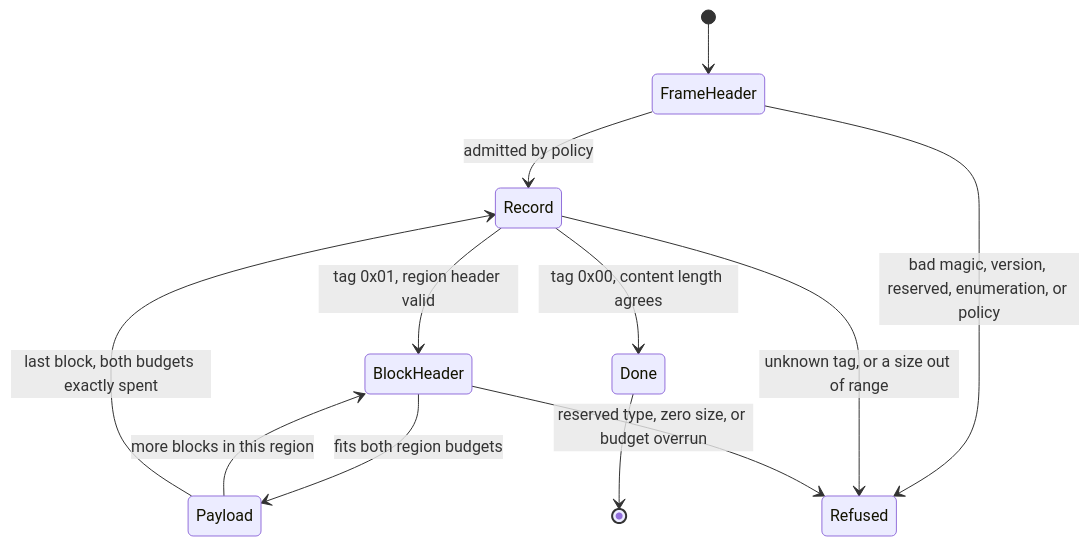
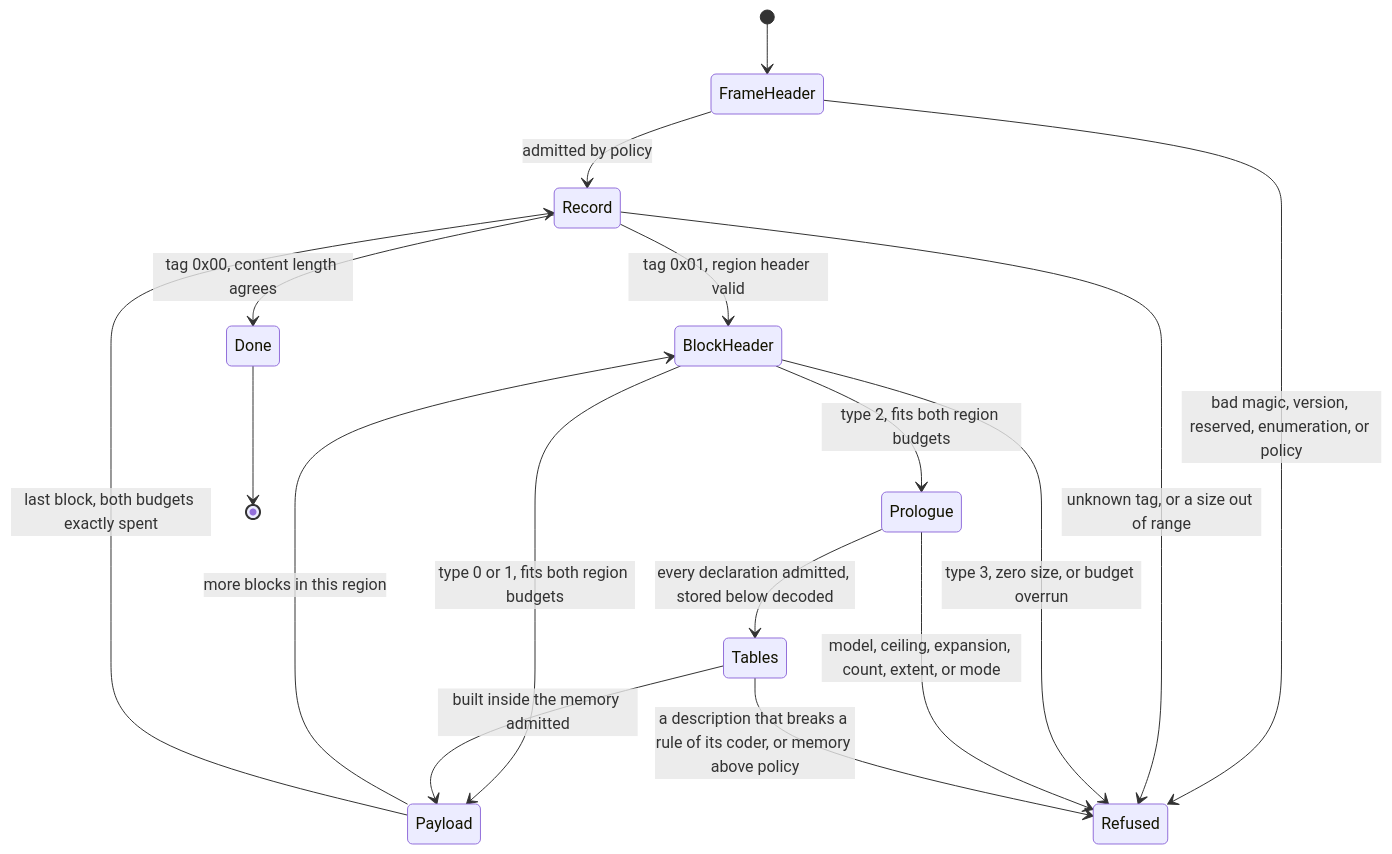
Before and after one commit to meerita/entroq: the first of 2 diagrams in docs/format.md, drawn with Mermaid. The commit also changed other lines of this file and 18 other files, not shown here.

````diff
--- a/docs/format.md
+++ b/docs/format.md
@@ -330,14 +808,19 @@
 ```mermaid
 stateDiagram-v2
     [*] --> FrameHeader
     FrameHeader --> Record: admitted by policy
     FrameHeader --> Refused: bad magic, version, reserved, enumeration, or policy
     Record --> BlockHeader: tag 0x01, region header valid
     Record --> Done: tag 0x00, content length agrees
     Record --> Refused: unknown tag, or a size out of range
-    BlockHeader --> Payload: fits both region budgets
-    BlockHeader --> Refused: reserved type, zero size, or budget overrun
+    BlockHeader --> Payload: type 0 or 1, fits both region budgets
+    BlockHeader --> Prologue: type 2, fits both region budgets
+    BlockHeader --> Refused: type 3, zero size, or budget overrun
+    Prologue --> Tables: every declaration admitted, stored below decoded
+    Prologue --> Refused: model, ceiling, expansion, count, extent, or mode
+    Tables --> Payload: built inside the memory admitted
+    Tables --> Refused: a description that breaks a rule of its coder, or memory above policy
     Payload --> BlockHeader: more blocks in this region
     Payload --> Record: last block, both budgets exactly spent
     Done --> [*]
 ```
````
